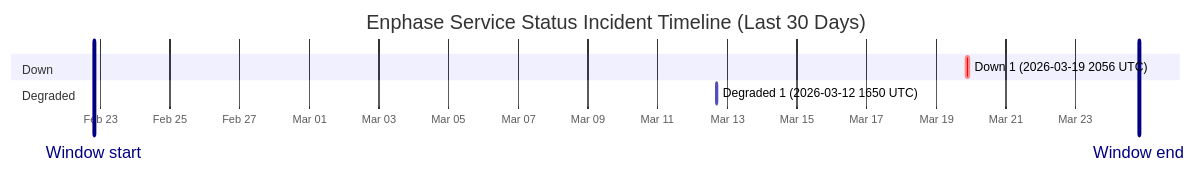
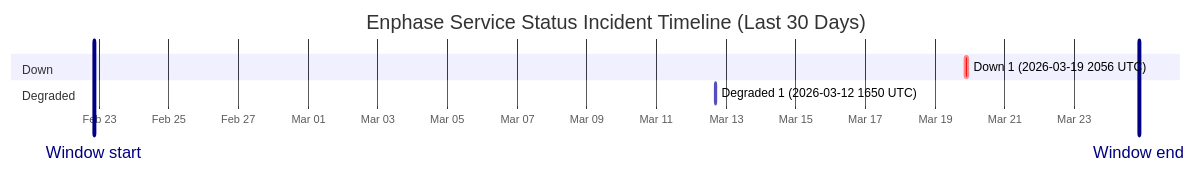
One commit to barneyonline/ha-enphase-ev-charger changed the diagram in wiki/Service-Status-History.md. Above: the diagram before and after it, drawn with Mermaid. The commit also changed other lines of this file and 3 other files, not shown here.

````diff
--- a/wiki/Service-Status-History.md
+++ b/wiki/Service-Status-History.md
@@ -14,12 +14,12 @@
 ```mermaid
 gantt
     title Enphase Service Status Incident Timeline (Last 30 Days)
     dateFormat  YYYY-MM-DDTHH:mm:ss
     axisFormat  %b %d
-    Window start :vert, window-start, 2026-02-22T19:48:05, 0ms
-    Window end :vert, window-end, 2026-03-24T19:48:05, 0ms
+    Window start :vert, window-start, 2026-02-22T20:32:05, 0ms
+    Window end :vert, window-end, 2026-03-24T20:32:05, 0ms
     section Down
     Down 1 (2026-03-19 2056 UTC) :crit, down-1, 2026-03-19T20:56:20, 145m
     section Degraded
     Degraded 1 (2026-03-12 1650 UTC) :active, degraded-1, 2026-03-12T16:50:43, 60m
 ```
````
